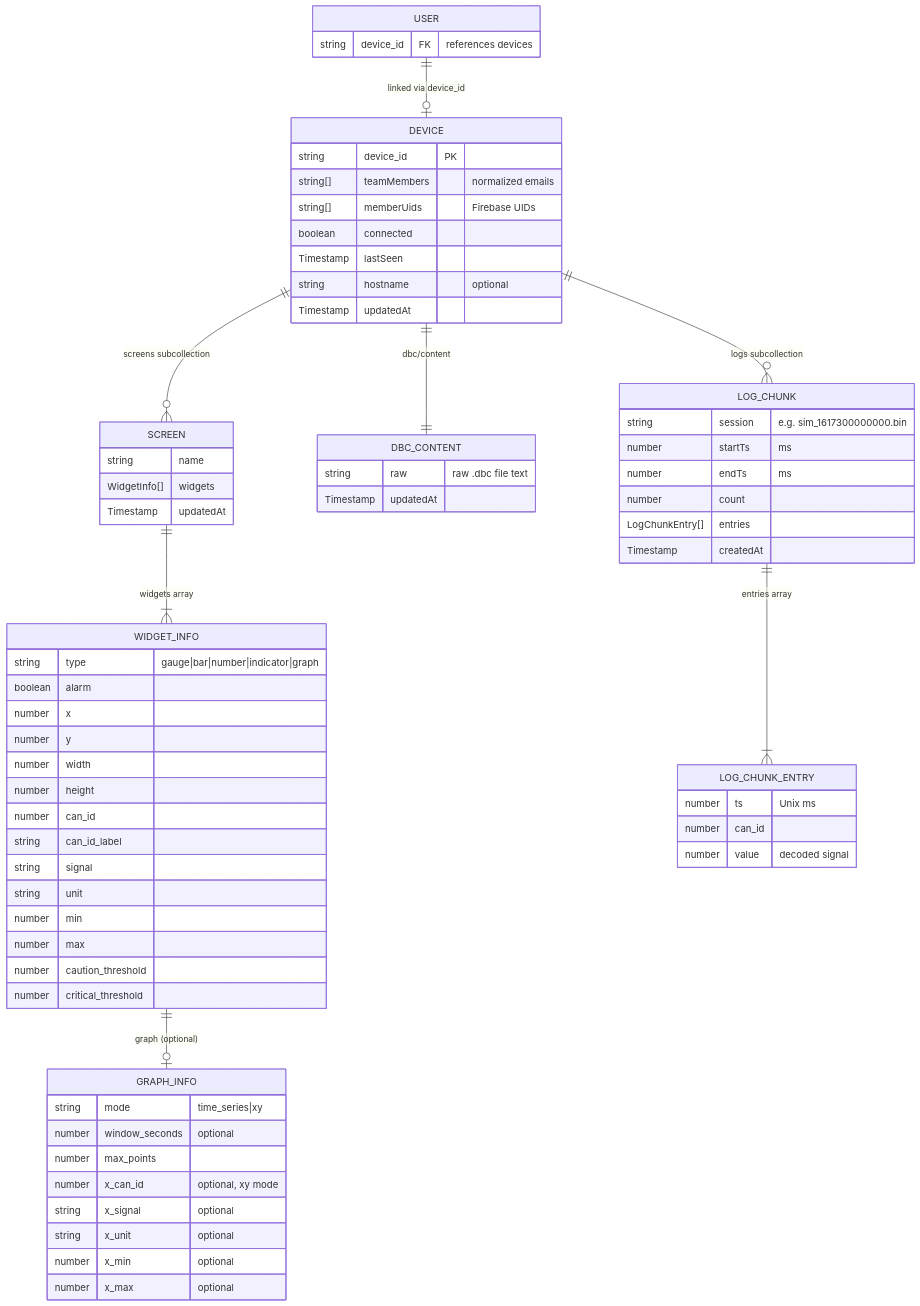
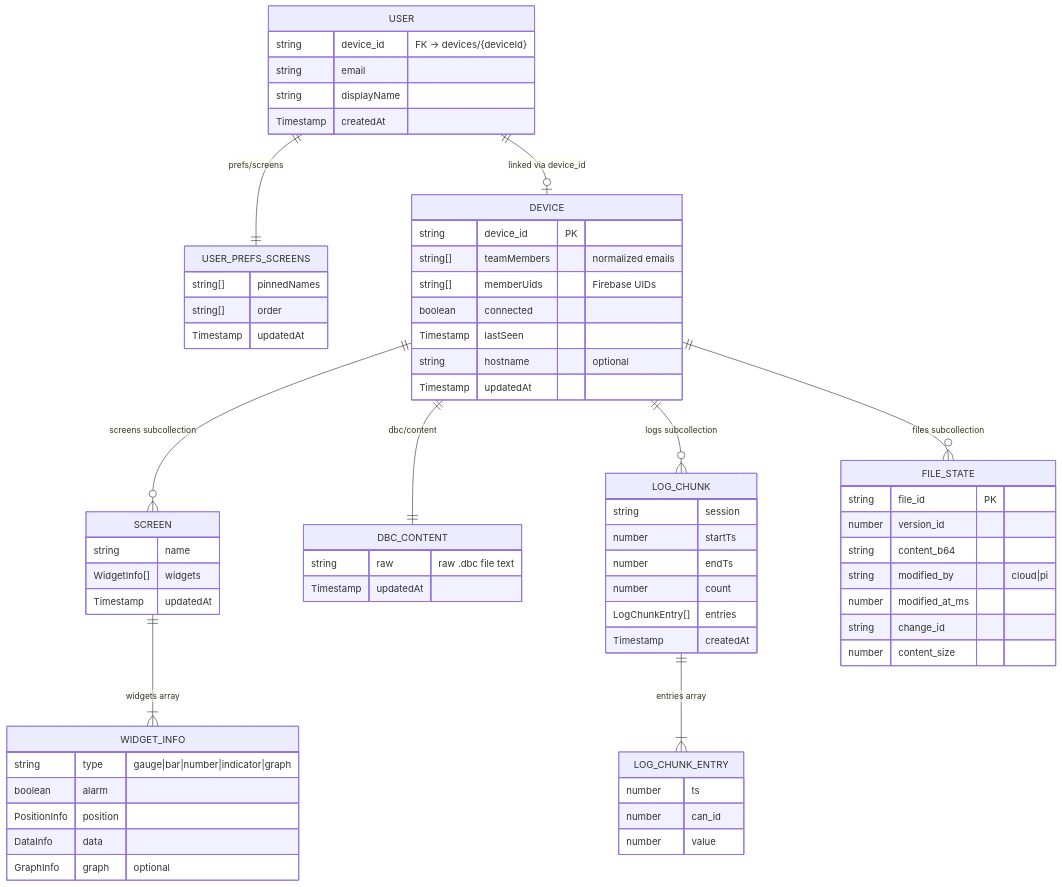
One commit to evilspoon13/track-web changed the diagram in documentation/data-model.md. Above: the diagram before and after it, drawn with Mermaid. The commit also changed other lines of this file and 36 other files, not shown here.

````diff
--- a/documentation/data-model.md
+++ b/documentation/data-model.md
@@ -7,78 +7,78 @@
 ```mermaid
 erDiagram
     USER {
-        string device_id FK "references devices"
+        string device_id "FK → devices/{deviceId}"
+        string email
+        string displayName
+        Timestamp createdAt
+    }
+
+    USER_PREFS_SCREENS {
+        string[] pinnedNames
+        string[] order
+        Timestamp updatedAt
     }
 
     DEVICE {
         string device_id PK
         string[] teamMembers "normalized emails"
         string[] memberUids "Firebase UIDs"
         boolean connected
         Timestamp lastSeen
         string hostname "optional"
         Timestamp updatedAt
     }
 
     SCREEN {
         string name
         WidgetInfo[] widgets
         Timestamp updatedAt
     }
 
     DBC_CONTENT {
         string raw "raw .dbc file text"
         Timestamp updatedAt
     }
 
     LOG_CHUNK {
-        string session "e.g. sim_1617300000000.bin"
-        number startTs "ms"
-        number endTs "ms"
+        string session
+        number startTs
+        number endTs
         number count
         LogChunkEntry[] entries
         Timestamp createdAt
     }
 
+    FILE_STATE {
+        string file_id PK
+        number version_id
+        string content_b64
+        string modified_by "cloud|pi"
+        number modified_at_ms
+        string change_id
+        number content_size
+    }
+
     WIDGET_INFO {
         string type "gauge|bar|number|indicator|graph"
         boolean alarm
-        number x
-        number y
-        number width
-        number height
-        number can_id
-        string can_id_label
-        string signal
-        string unit
-        number min
-        number max
-        number caution_threshold
-        number critical_threshold
-    }
-
-    GRAPH_INFO {
-        string mode "time_series|xy"
-        number window_seconds "optional"
-        number max_points
-        number x_can_id "optional, xy mode"
-        string x_signal "optional"
-        string x_unit "optional"
-        number x_min "optional"
-        number x_max "optional"
+        PositionInfo position
+        DataInfo data
+        GraphInfo graph "optional"
     }
 
     LOG_CHUNK_ENTRY {
-        number ts "Unix ms"
+        number ts
         number can_id
-        number value "decoded signal"
+        number value
     }
 
     USER ||--o| DEVICE : "linked via device_id"
+    USER ||--|| USER_PREFS_SCREENS : "prefs/screens"
     DEVICE ||--o{ SCREEN : "screens subcollection"
     DEVICE ||--|| DBC_CONTENT : "dbc/content"
     DEVICE ||--o{ LOG_CHUNK : "logs subcollection"
+    DEVICE ||--o{ FILE_STATE : "files subcollection"
     SCREEN ||--|{ WIDGET_INFO : "widgets array"
-    WIDGET_INFO ||--o| GRAPH_INFO : "graph (optional)"
     LOG_CHUNK ||--|{ LOG_CHUNK_ENTRY : "entries array"
 ```
````
